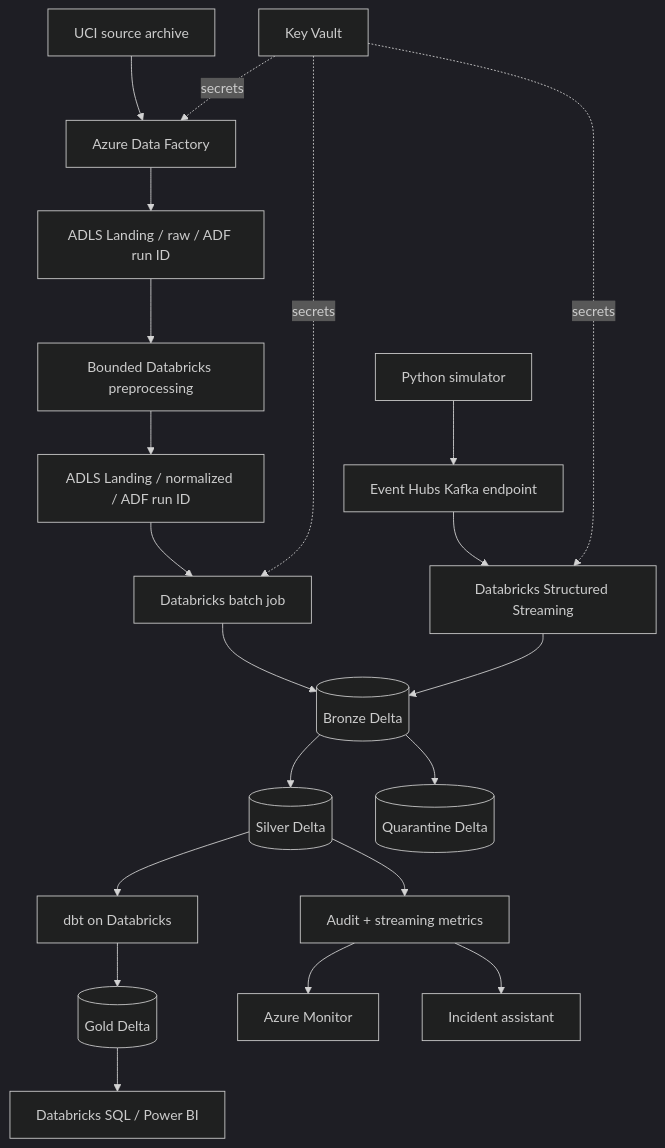
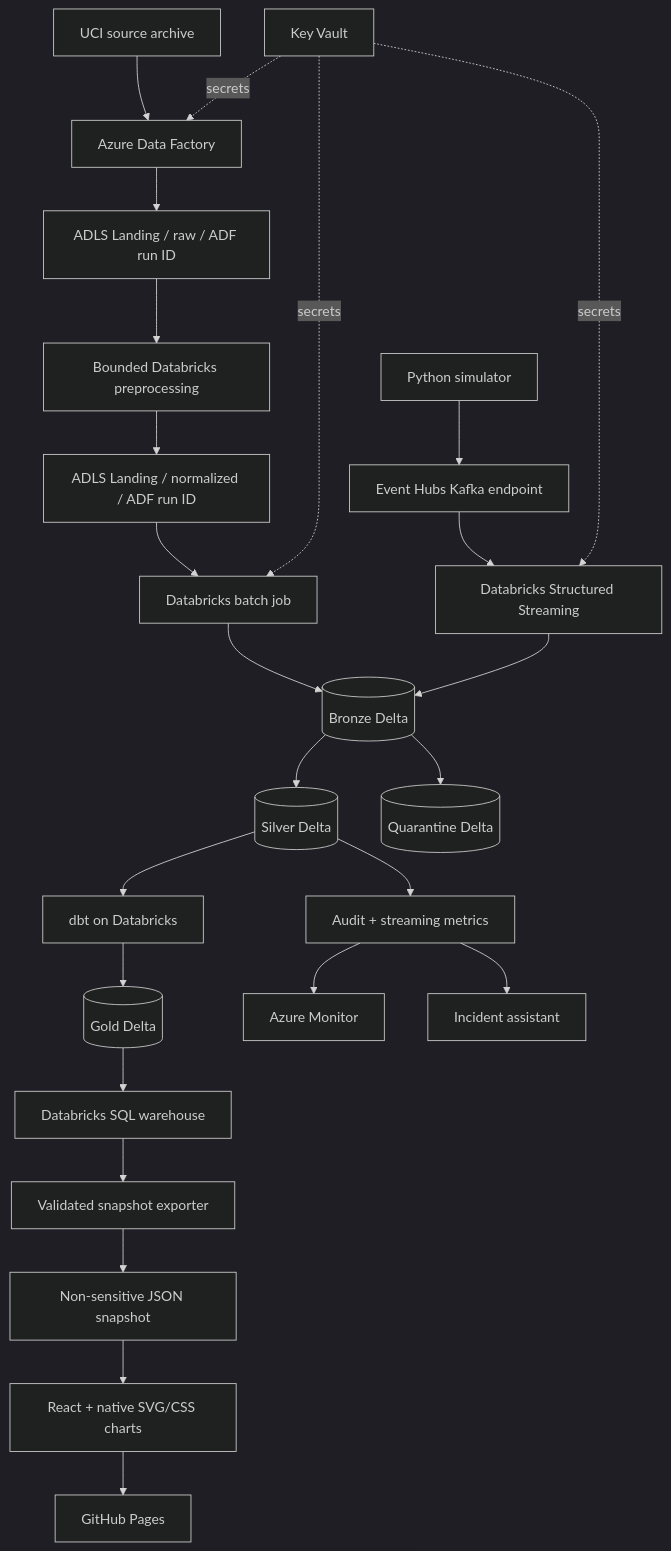
Before and after one commit to PK-999/retailpulse: the third of 5 diagrams in docs/architecture.md, drawn with Mermaid (dark theme). The commit also changed other lines of this file and 123 other files, not shown here.

````diff
--- a/docs/architecture.md
+++ b/docs/architecture.md
@@ -78,24 +84,28 @@
 ```mermaid
 flowchart TB
     UCI[UCI source archive] --> ADF[Azure Data Factory]
     ADF --> RAW[ADLS Landing / raw / ADF run ID]
     RAW --> PRE[Bounded Databricks preprocessing]
     PRE --> ADLSL[ADLS Landing / normalized / ADF run ID]
     GEN[Python simulator] --> EH[Event Hubs Kafka endpoint]
 
     ADLSL --> DBB[Databricks batch job]
     EH --> DBS[Databricks Structured Streaming]
     DBB --> BR[(Bronze Delta)]
     DBS --> BR
     BR --> SI[(Silver Delta)]
     BR --> QA[(Quarantine Delta)]
     SI --> DBT[dbt on Databricks]
     DBT --> GO[(Gold Delta)]
-    GO --> SQL[Databricks SQL / Power BI]
+    GO --> SQL[Databricks SQL warehouse]
+    SQL --> EXPORT[Validated snapshot exporter]
+    EXPORT --> JSON[Non-sensitive JSON snapshot]
+    JSON --> WEB[React + native SVG/CSS charts]
+    WEB --> PAGES[GitHub Pages]
     SI --> MON[Audit + streaming metrics]
     MON --> AZMON[Azure Monitor]
     MON --> ASSIST[Incident assistant]
     KV[Key Vault] -. secrets .-> ADF
     KV -. secrets .-> DBB
     KV -. secrets .-> DBS
 ```
````
